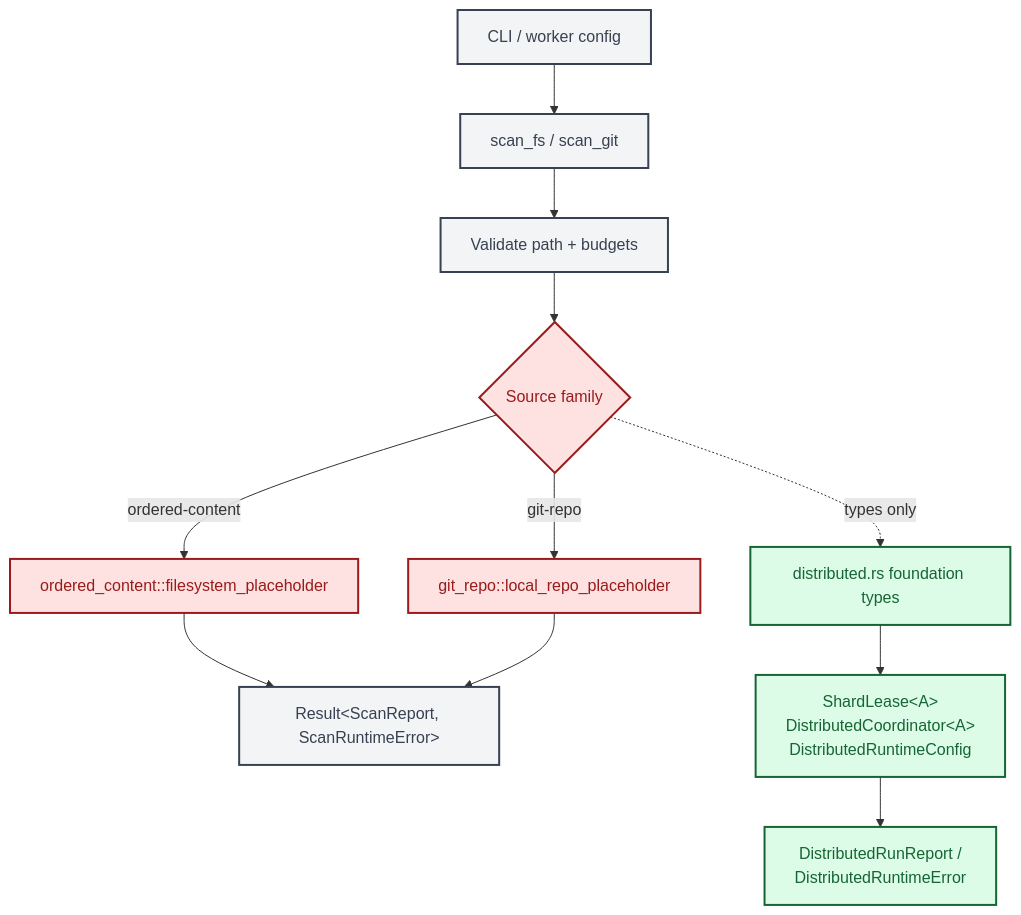
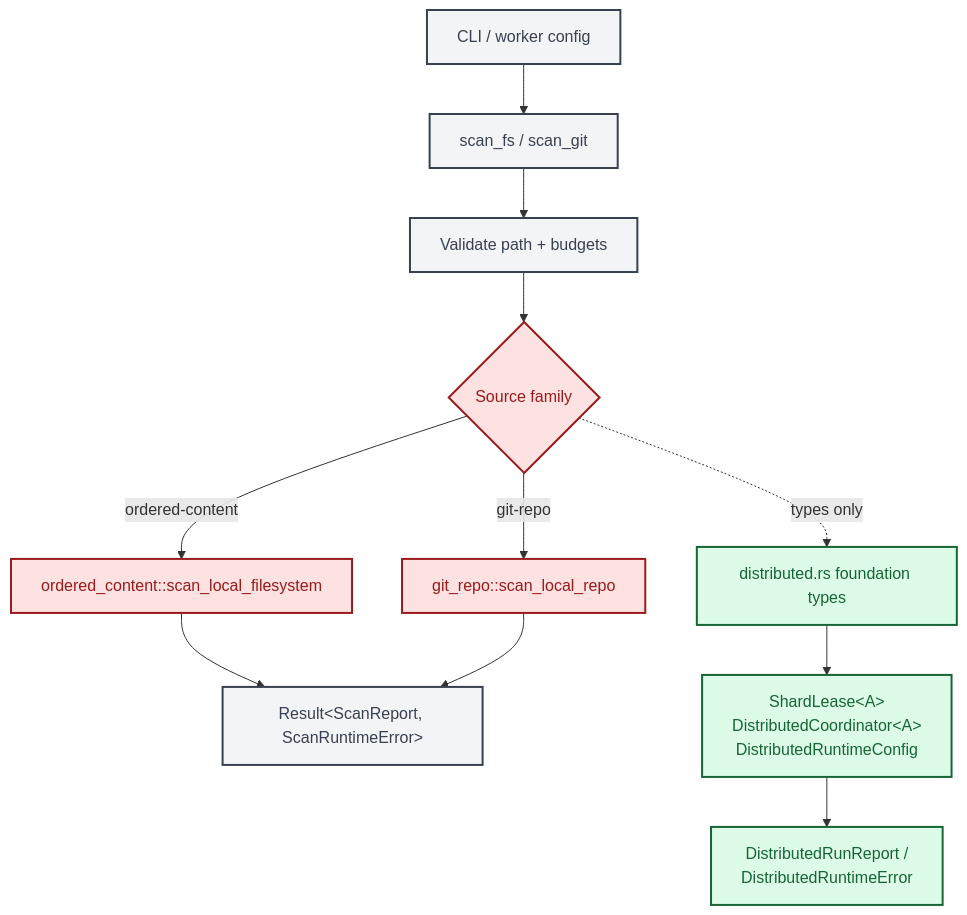
Before and after one commit to ahrav/Gossip-rs: the fourth of 4 diagrams in diagrams/04-end-to-end-scan-flow.md, drawn with Mermaid. The commit also changed other lines of this file and 3 other files, not shown here.

````diff
--- a/diagrams/04-end-to-end-scan-flow.md
+++ b/diagrams/04-end-to-end-scan-flow.md
@@ -200,37 +199,37 @@
 ```mermaid
 %% Diagram: simplified-runtime-flowchart
 graph TD
     A["CLI / worker config"]
     B["scan_fs / scan_git"]
     C["Validate path + budgets"]
     D{"Source family"}
-    E["ordered_content::filesystem_placeholder"]
-    F["git_repo::local_repo_placeholder"]
+    E["ordered_content::scan_local_filesystem"]
+    F["git_repo::scan_local_repo"]
     G["Result&lt;ScanReport, ScanRuntimeError&gt;"]
     H["distributed.rs foundation types"]
     I["ShardLease&lt;A&gt;<br/>DistributedCoordinator&lt;A&gt;<br/>DistributedRuntimeConfig"]
     J["DistributedRunReport /<br/>DistributedRuntimeError"]
 
     A --> B
     B --> C
     C --> D
     D -- "ordered-content" --> E
     D -- "git-repo" --> F
     E --> G
     F --> G
     D -. "types only" .-> H
 
     H --> I
     I --> J
 
     style A fill:#F3F4F6,stroke:#374151,stroke-width:2px,color:#374151
     style B fill:#F3F4F6,stroke:#374151,stroke-width:2px,color:#374151
     style C fill:#F3F4F6,stroke:#374151,stroke-width:2px,color:#374151
     style D fill:#FEE2E2,stroke:#991B1B,stroke-width:2px,color:#991B1B
     style E fill:#FEE2E2,stroke:#991B1B,stroke-width:2px,color:#991B1B
     style F fill:#FEE2E2,stroke:#991B1B,stroke-width:2px,color:#991B1B
     style G fill:#F3F4F6,stroke:#374151,stroke-width:2px,color:#374151
     style H fill:#DCFCE7,stroke:#166534,stroke-width:2px,color:#166534
     style I fill:#DCFCE7,stroke:#166534,stroke-width:2px,color:#166534
     style J fill:#DCFCE7,stroke:#166534,stroke-width:2px,color:#166534
 ```
````
